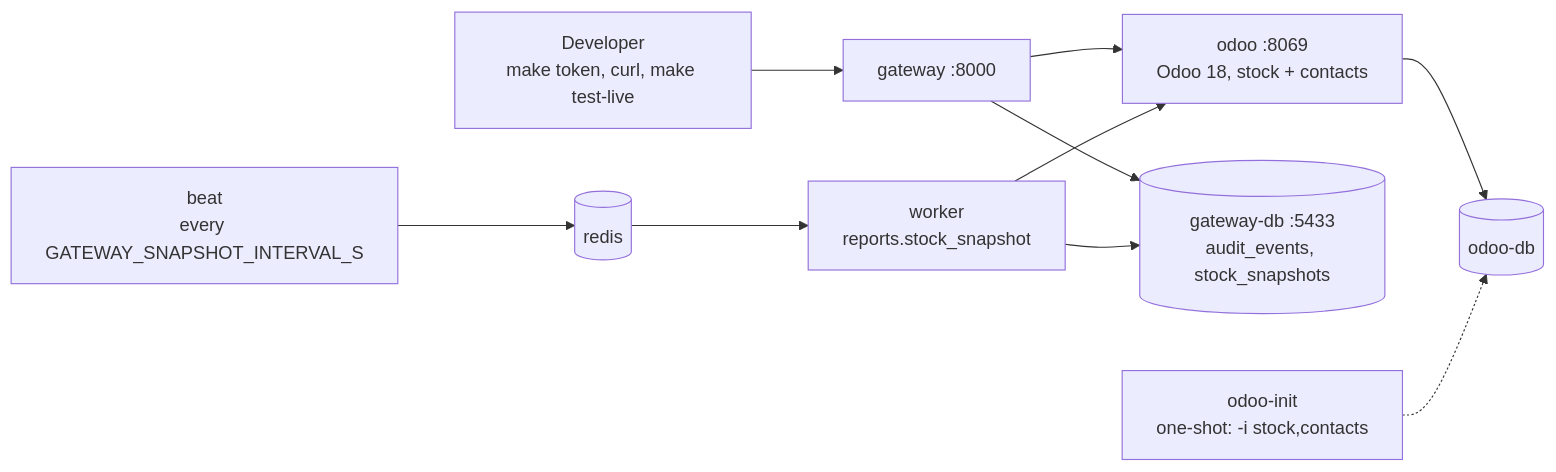
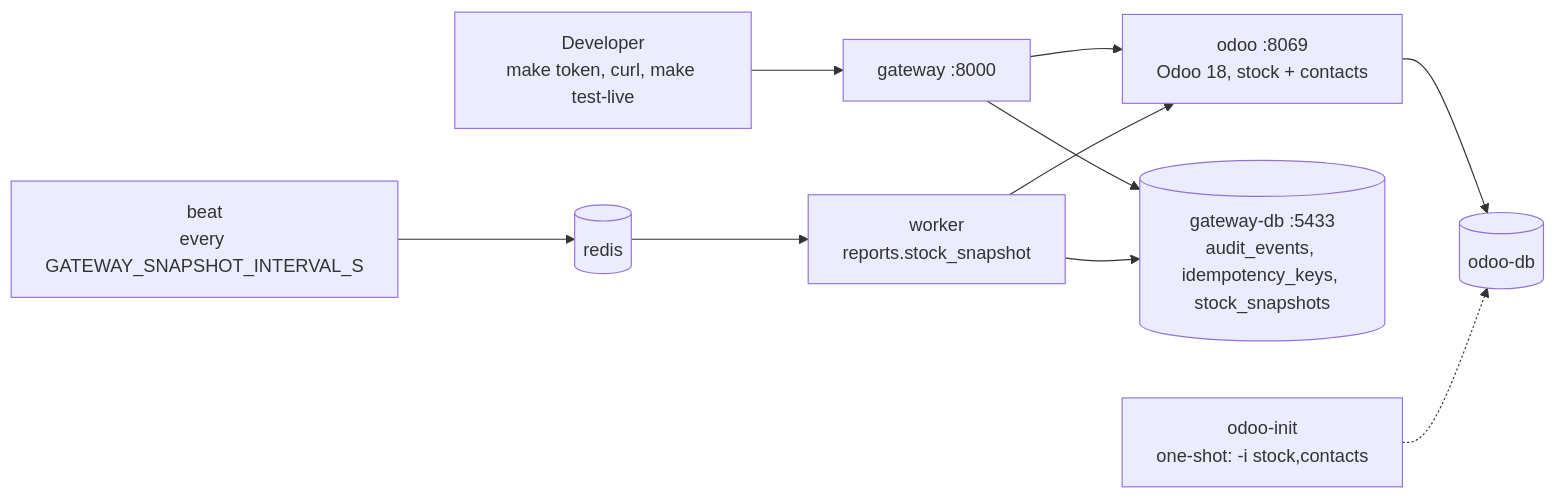
One commit to sergeonito/odoo-gateway changed the third of 3 diagrams in docs/architecture.md. Above: the diagram before and after it, drawn with Mermaid. The commit also changed other lines of this file and 14 other files, not shown here.

````diff
--- a/docs/architecture.md
+++ b/docs/architecture.md
@@ -138,13 +150,13 @@
 ```mermaid
 flowchart LR
     dev["Developer<br/>make token, curl, make test-live"]
     dev --> gw[gateway :8000]
     gw --> odoo["odoo :8069<br/>Odoo 18, stock + contacts"]
-    gw --> gwdb[(gateway-db :5433<br/>audit_events, stock_snapshots)]
+    gw --> gwdb[(gateway-db :5433<br/>audit_events, idempotency_keys, stock_snapshots)]
     odoo --> odoodb[(odoo-db)]
     init["odoo-init<br/>one-shot: -i stock,contacts"] -.-> odoodb
     beat["beat<br/>every GATEWAY_SNAPSHOT_INTERVAL_S"] --> redis[(redis)]
     redis --> worker["worker<br/>reports.stock_snapshot"]
     worker --> odoo
     worker --> gwdb
 ```
````
